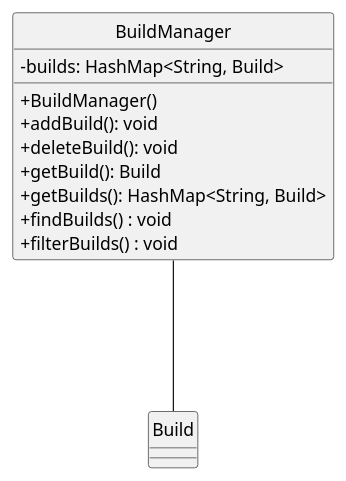
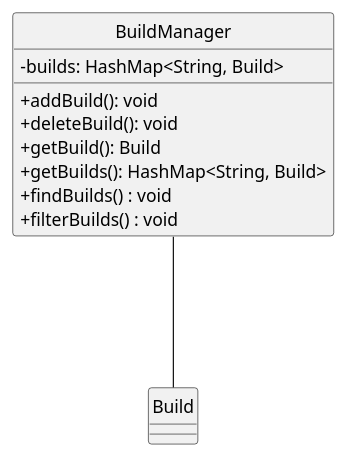
One commit to nus-cs2113-AY2223S1/tp changed the diagram in docs/puml/BuildManager.puml. Above: the diagram before and after it, drawn with PlantUML. The commit also changed 22 other files, not shown here.

```diff
--- a/docs/puml/BuildManager.puml
+++ b/docs/puml/BuildManager.puml
@@ -1,21 +1,20 @@
 @startuml
 hide circle
 
 skinparam classAttributeIconSize 0
 class BuildManager {
     -builds: HashMap<String, Build>
 
-    +BuildManager()
     +addBuild(): void
     +deleteBuild(): void
     +getBuild(): Build
     +getBuilds(): HashMap<String, Build>
     +findBuilds() : void
     +filterBuilds() : void
 }
 
 class Build {
 }
 
 BuildManager --- Build
 @enduml
```
